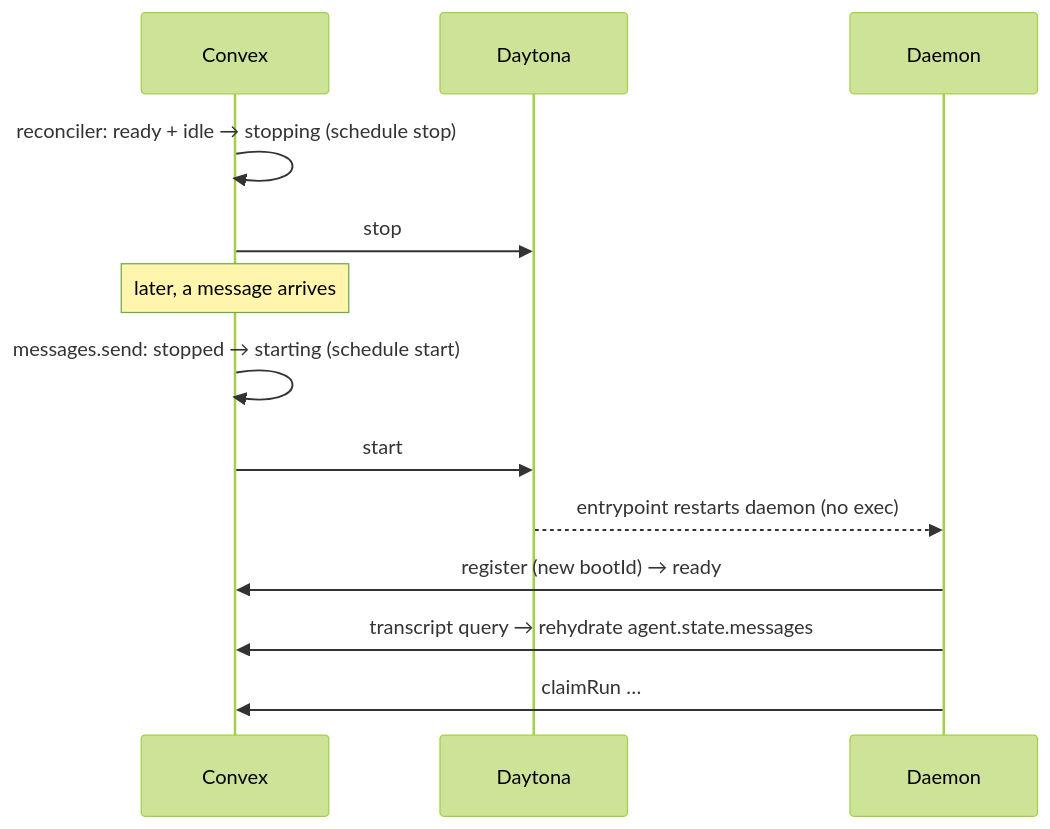
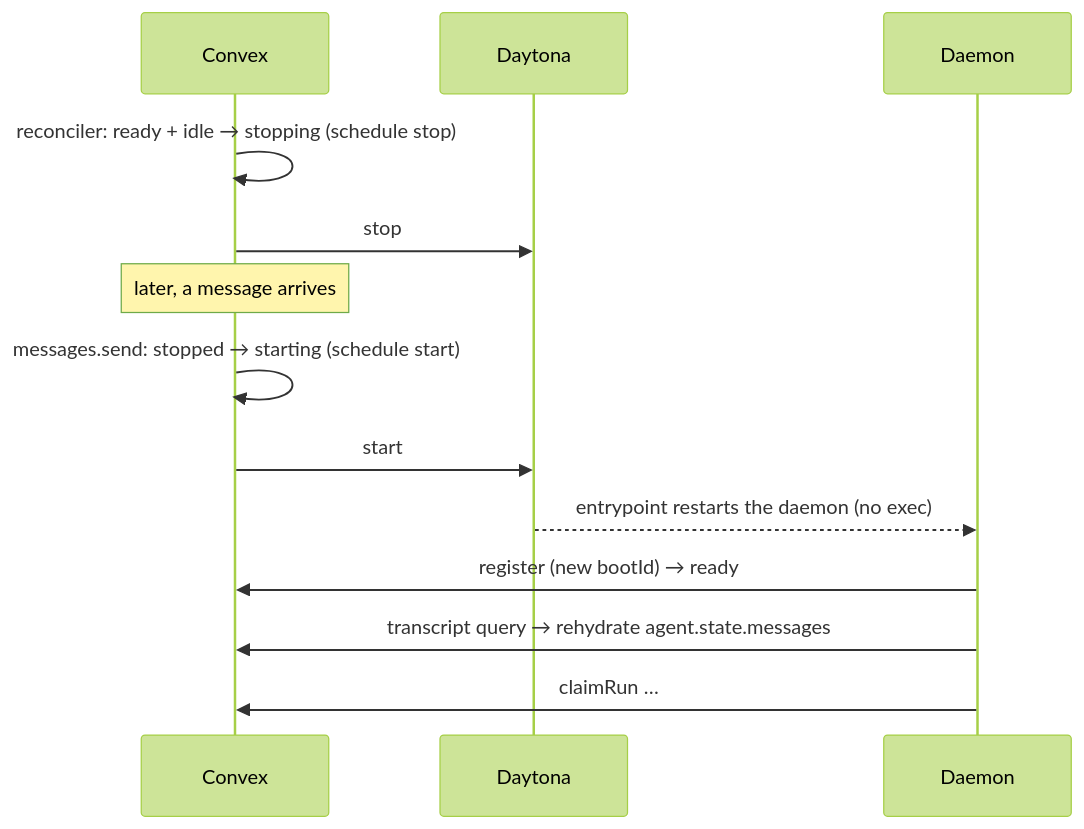
Before and after one commit to Raiyan-Noor/PiAgentChatbot: the fourth of 5 diagrams in README.md, drawn with Mermaid (forest theme). The commit also changed other lines of this file and 1 other file, not shown here.

````diff
--- a/README.md
+++ b/README.md
@@ -97,15 +176,15 @@
 ```mermaid
 sequenceDiagram
   participant C as Convex
   participant Y as Daytona
   participant D as Daemon
   C->>C: reconciler: ready + idle → stopping (schedule stop)
   C->>Y: stop
   Note over C: later, a message arrives
   C->>C: messages.send: stopped → starting (schedule start)
   C->>Y: start
-  Y-->>D: entrypoint restarts daemon (no exec)
+  Y-->>D: entrypoint restarts the daemon (no exec)
   D->>C: register (new bootId) → ready
   D->>C: transcript query → rehydrate agent.state.messages
   D->>C: claimRun …
 ```
````
